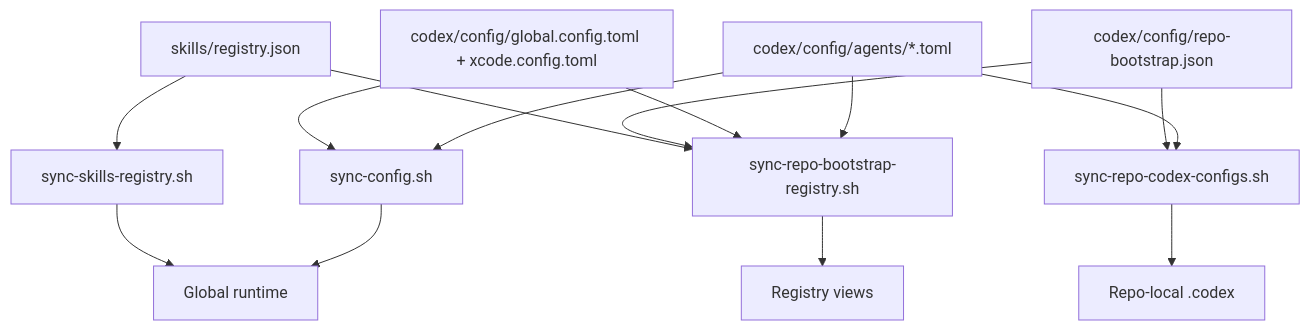
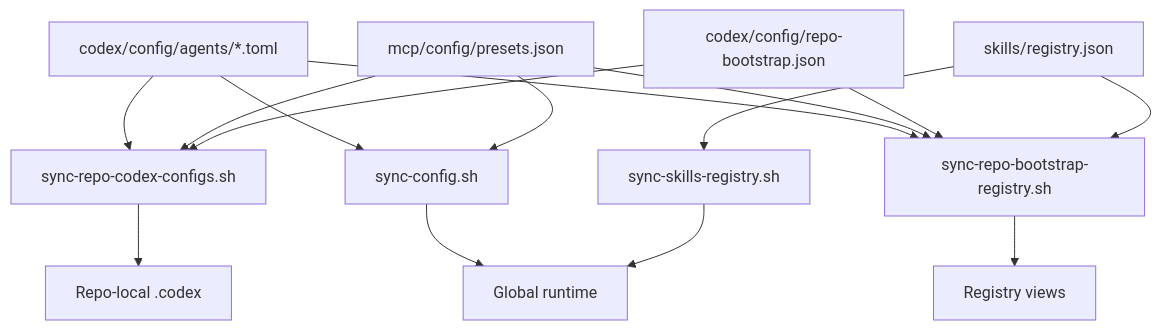
One commit to wisdom-in-a-nutshell/.agents changed the diagram in docs/architecture/capability-bootstrap-model.md. Above: the diagram before and after it, drawn with Mermaid. The commit also changed other lines of this file and 59 other files, not shown here.

````diff
--- a/docs/architecture/capability-bootstrap-model.md
+++ b/docs/architecture/capability-bootstrap-model.md
@@ -15,28 +15,29 @@
 ```mermaid
 flowchart TD
     A[skills/registry.json]
     B[codex/config/repo-bootstrap.json]
-    C[codex/config/global.config.toml + xcode.config.toml]
+    C[mcp/config/presets.json]
     D[codex/config/agents/*.toml]
     E[sync-skills-registry.sh]
     F[sync-repo-codex-configs.sh]
     G[sync-config.sh]
     H[sync-repo-bootstrap-registry.sh]
     I[Global runtime]
     J[Repo-local .codex]
     K[Registry views]
 
     A --> E
     A --> H
     B --> F
     B --> H
+    C --> F
     C --> G
     C --> H
     D --> F
     D --> G
     D --> H
     E --> I
     F --> J
     G --> I
     H --> K
 ```
````
